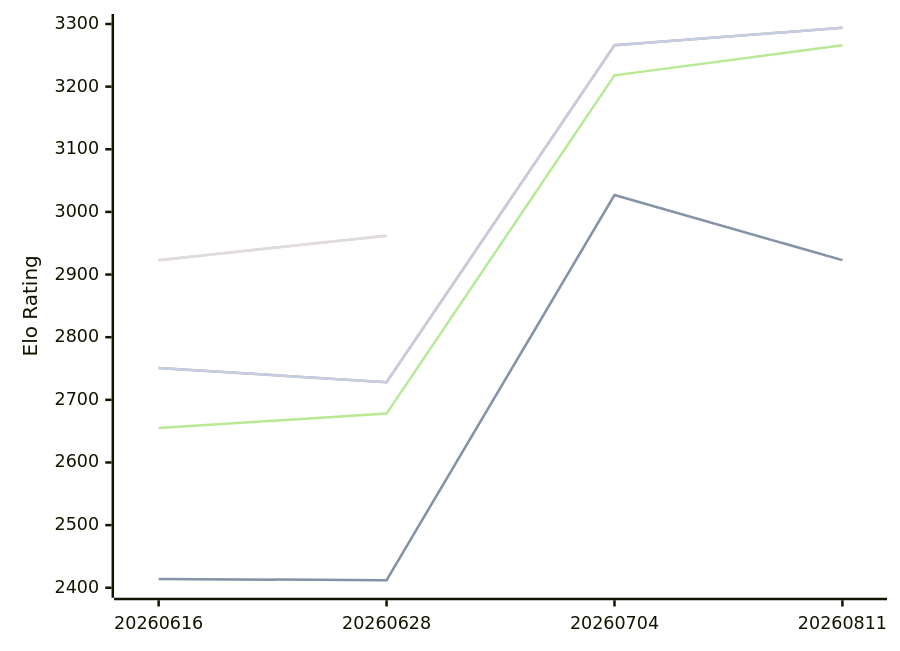
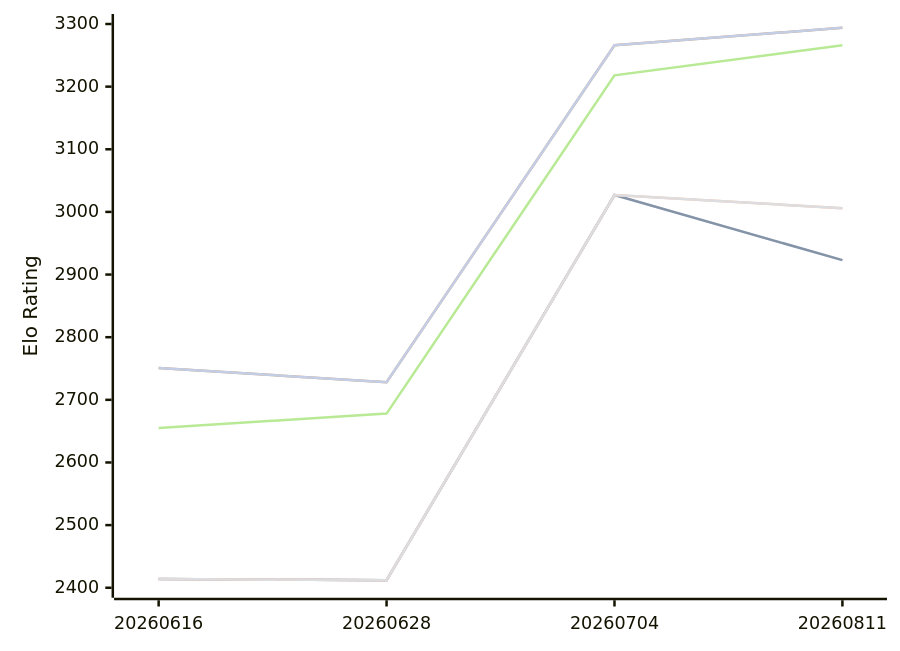
Before and after one commit to computer-chess-index/cci: the diagram in engines/Askaig.md, drawn with Mermaid. The commit also changed other lines of this file, not shown here.

Commit message:
Update CCI Ratings (ELO VLTC) - 2026-10-11

````diff
--- a/engines/Askaig.md
+++ b/engines/Askaig.md
@@ -52,13 +52,13 @@
 ```mermaid
 %%{init: {"theme":"base","themeVariables":{"seriesColors:['#a3a3a3','#222221','#faa371']}}}%%
 xychart-beta
   x-axis ["20260616", "20260628", "20260704", "20260811"]
   y-axis "Elo Rating" 2400 --> 3300
   line "" [2414, 2412, 3027,2923, 2962]
   line "E1: STC (8.0+0.08s)" [2414, 2412, 3027,2923, 2962]
-  line "" [2923, 2962]
-  line "T1: STC (8.0+0.08s)" [2923, 2962]
+  line "" [2414, 2412, 3027, 3006]
+  line "T1: STC (8.0+0.08s)" [2414, 2412, 3027, 3006]
   line "T1: LTC (60.0+0.60s)" [2655, 2678, 3218, 3266]
   line "" [2751, 2728, 3266, 3294]
   line "T1: VLTC (2m24s+1.12s)" [2751, 2728, 3266, 3294]
 ```
````
